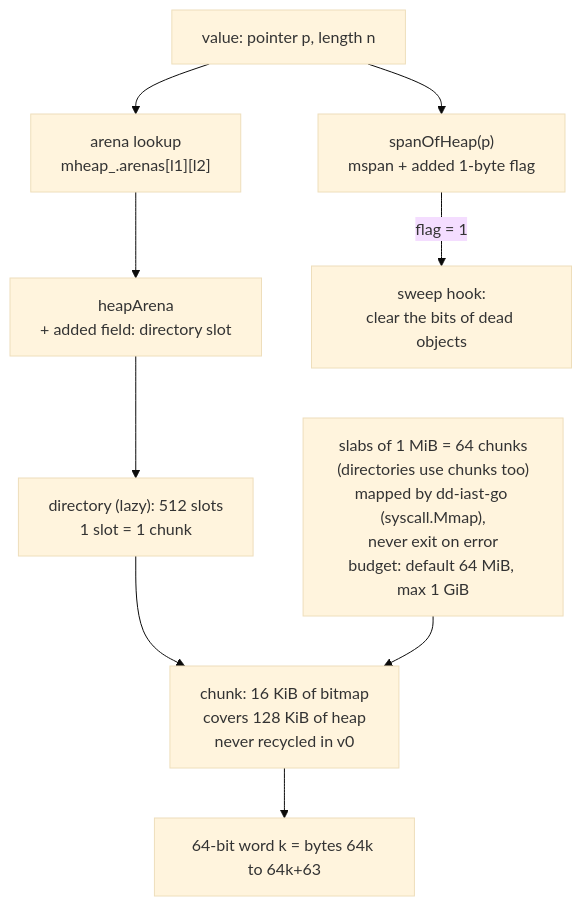
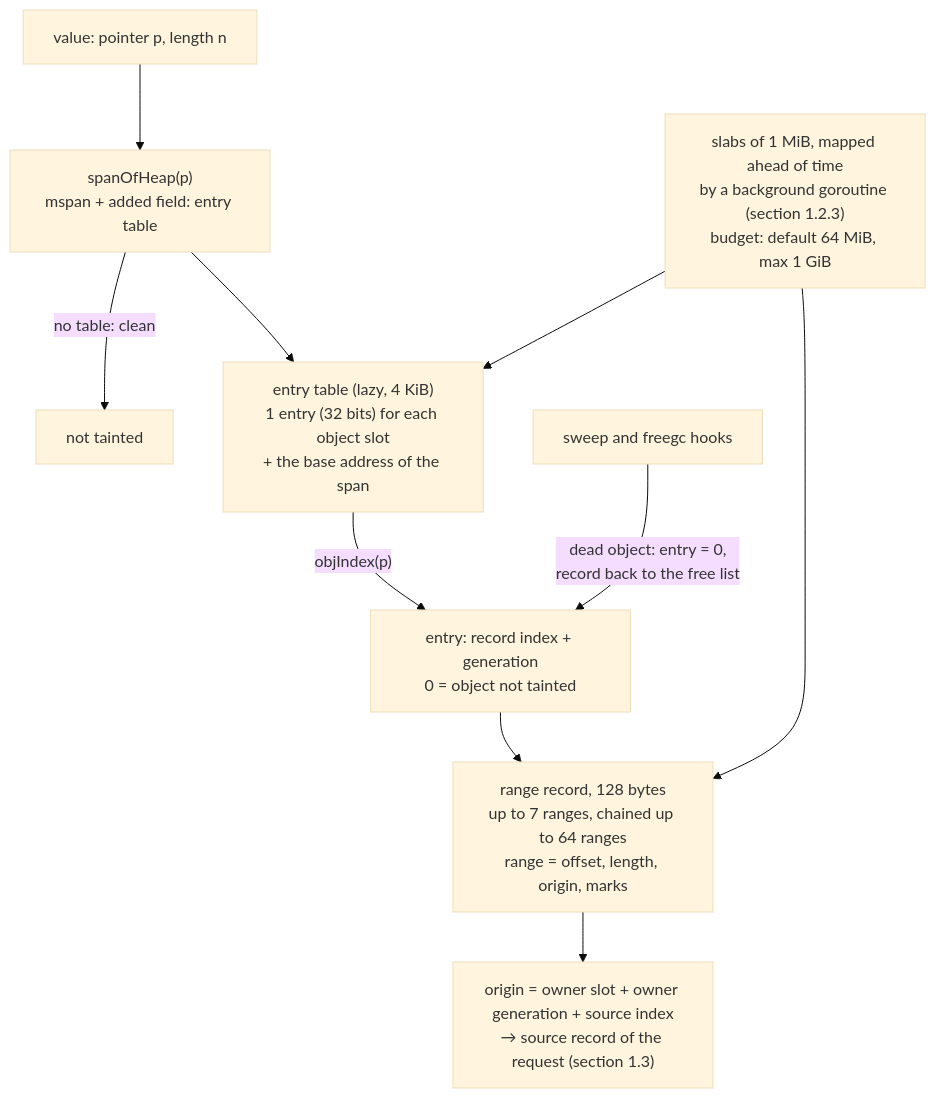
The second of 7 diagrams in _docs/design/taint-tracking-v0.md (DataDog/dd-iast-go), drawn with Mermaid (base theme) before and after one commit. The commit also changed other lines of this file, not shown here.

First line of the commit message:
docs(design): v5, track the origin on heap address ranges

````diff
--- a/_docs/design/taint-tracking-v0.md
+++ b/_docs/design/taint-tracking-v0.md
@@ -146,11 +162,12 @@
 ```mermaid
 flowchart TB
-  P["value: pointer p, length n"] --> AL["arena lookup<br/>mheap_.arenas[l1][l2]"]
-  AL --> HA["heapArena<br/>+ added field: directory slot"]
-  HA --> DIR["directory (lazy): 512 slots<br/>1 slot = 1 chunk"]
-  DIR --> CH["chunk: 16 KiB of bitmap<br/>covers 128 KiB of heap<br/>never recycled in v0"]
-  CH --> W["64-bit word k = bytes 64k to 64k+63"]
-  P --> SP["spanOfHeap(p)<br/>mspan + added 1-byte flag"]
-  SP -- "flag = 1" --> SW["sweep hook:<br/>clear the bits of dead objects"]
-  SLAB["slabs of 1 MiB = 64 chunks<br/>(directories use chunks too)<br/>mapped by dd-iast-go (syscall.Mmap),<br/>never exit on error<br/>budget: default 64 MiB, max 1 GiB"] --> CH
+  P["value: pointer p, length n"] --> SP["spanOfHeap(p)<br/>mspan + added field: entry table"]
+  SP -- "no table: clean" --> CLEAN["not tainted"]
+  SP --> ET["entry table (lazy, 4 KiB)<br/>1 entry (32 bits) for each object slot<br/>+ the base address of the span"]
+  ET -- "objIndex(p)" --> E["entry: record index + generation<br/>0 = object not tainted"]
+  E --> R["range record, 128 bytes<br/>up to 7 ranges, chained up to 64 ranges<br/>range = offset, length, origin, marks"]
+  R --> O["origin = owner slot + owner generation + source index<br/>→ source record of the request (section 1.3)"]
+  SW["sweep and freegc hooks"] -- "dead object: entry = 0,<br/>record back to the free list" --> E
+  SLAB["slabs of 1 MiB, mapped ahead of time<br/>by a background goroutine (section 1.2.3)<br/>budget: default 64 MiB, max 1 GiB"] --> ET
+  SLAB --> R
 ```
````
